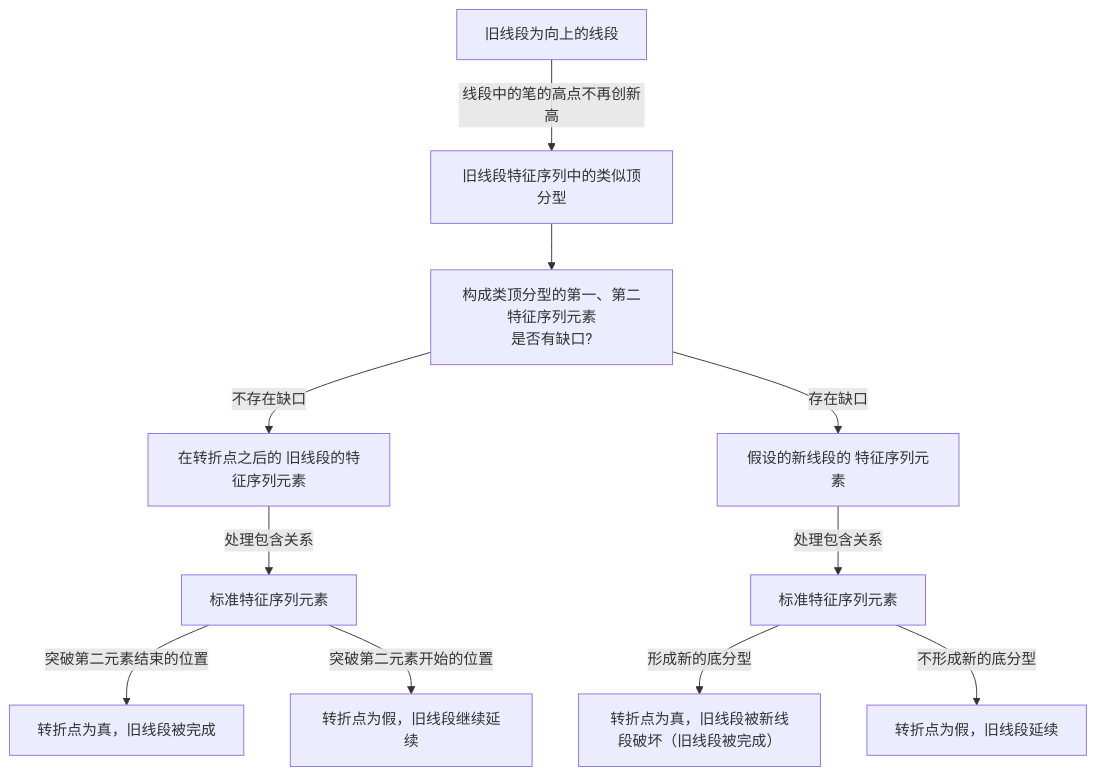
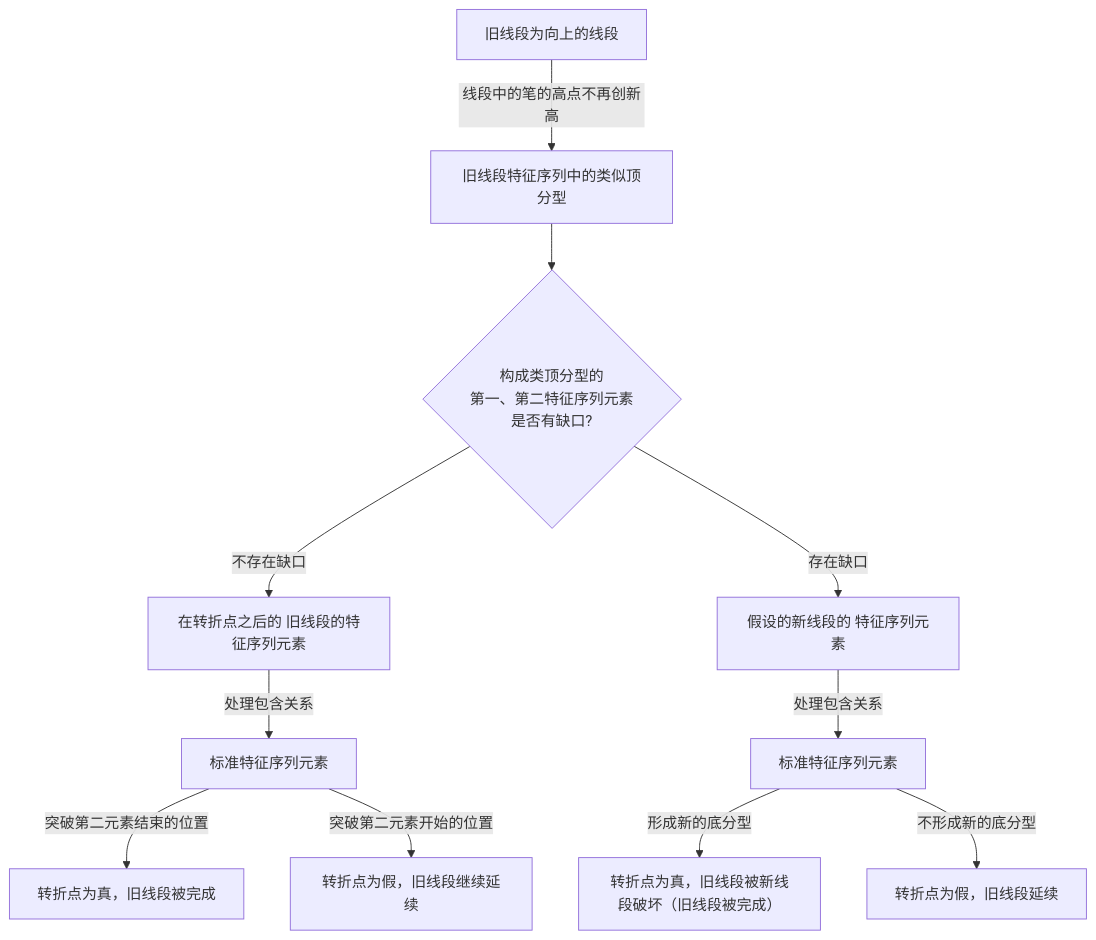
One commit to ellendan000/book-xp changed the diagram in 3-缠论/4-线段.md. Above: the diagram before and after it, drawn with Mermaid.

Commit message:
(docs) update mermaid diagram

````diff
--- a/3-缠论/4-线段.md
+++ b/3-缠论/4-线段.md
@@ -72,17 +72,17 @@
 ```mermaid
 graph TD;
   a["旧线段为向上的线段"] --线段中的笔的高点不再创新高--> b["旧线段特征序列中的类似顶分型"];
-  b --> c["构成类顶分型的第一、第二特征序列元素<br/>是否有缺口?"];
+  b --> c{"构成类顶分型的<br/>第一、第二特征序列元素<br/>是否有缺口?"};
 
   c --不存在缺口--> c1["在转折点之后的 旧线段的特征序列元素"];
   c1 --处理包含关系--> d1["标准特征序列元素"];
   d1 --突破第二元素结束的位置--> e1["转折点为真，旧线段被完成"];
   d1 --突破第二元素开始的位置--> e2["转折点为假，旧线段继续延续"];
 
 
   c --存在缺口--> c2["假设的新线段的 特征序列元素"];
   c2 --处理包含关系--> d2["标准特征序列元素"];
   d2 --形成新的底分型--> e3["转折点为真，旧线段被新线段破坏（旧线段被完成）"];
   d2 --不形成新的底分型--> e4["转折点为假，旧线段延续"];
 
 ```
````
